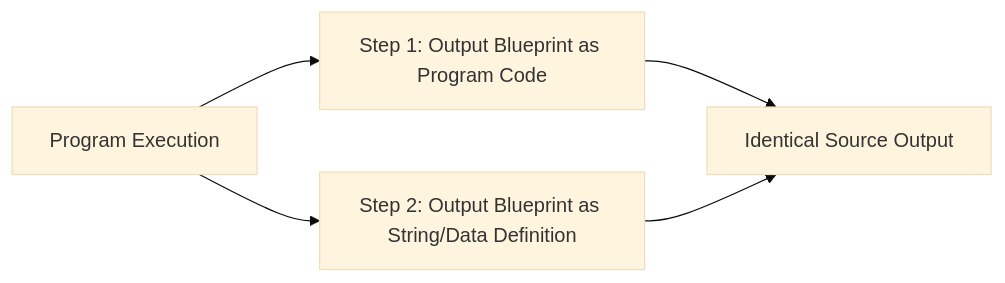
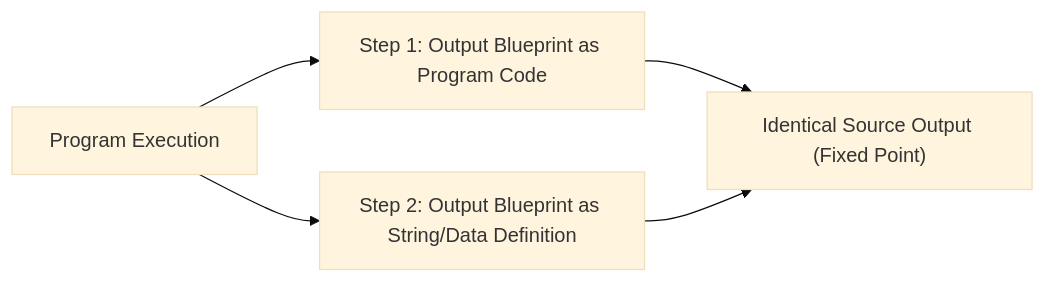
One commit to goharalisiddiqui/dr-quine changed the first of 3 diagrams in README.md. Above: the diagram before and after it, drawn with Mermaid (base theme). The commit also changed other lines of this file and 11 other files, not shown here.

````diff
--- a/README.md
+++ b/README.md
@@ -47,7 +93,7 @@
 ```mermaid
 flowchart LR
     A["Program Execution"] --> B["Step 1: Output Blueprint as Program Code"]
     A --> C["Step 2: Output Blueprint as String/Data Definition"]
-    B --> D["Identical Source Output"]
+    B --> D["Identical Source Output (Fixed Point)"]
     C --> D
 ```
````
